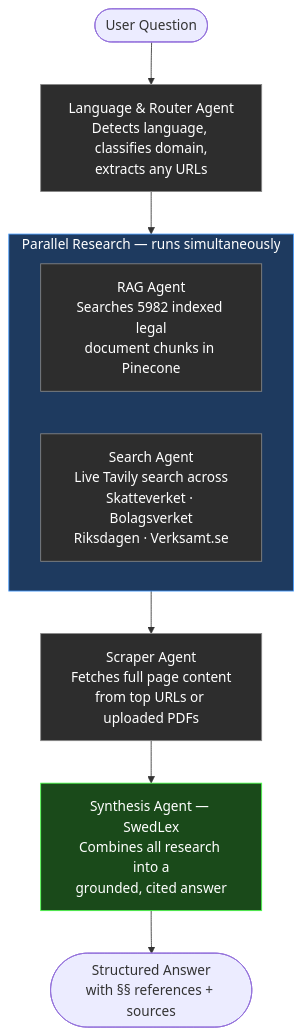
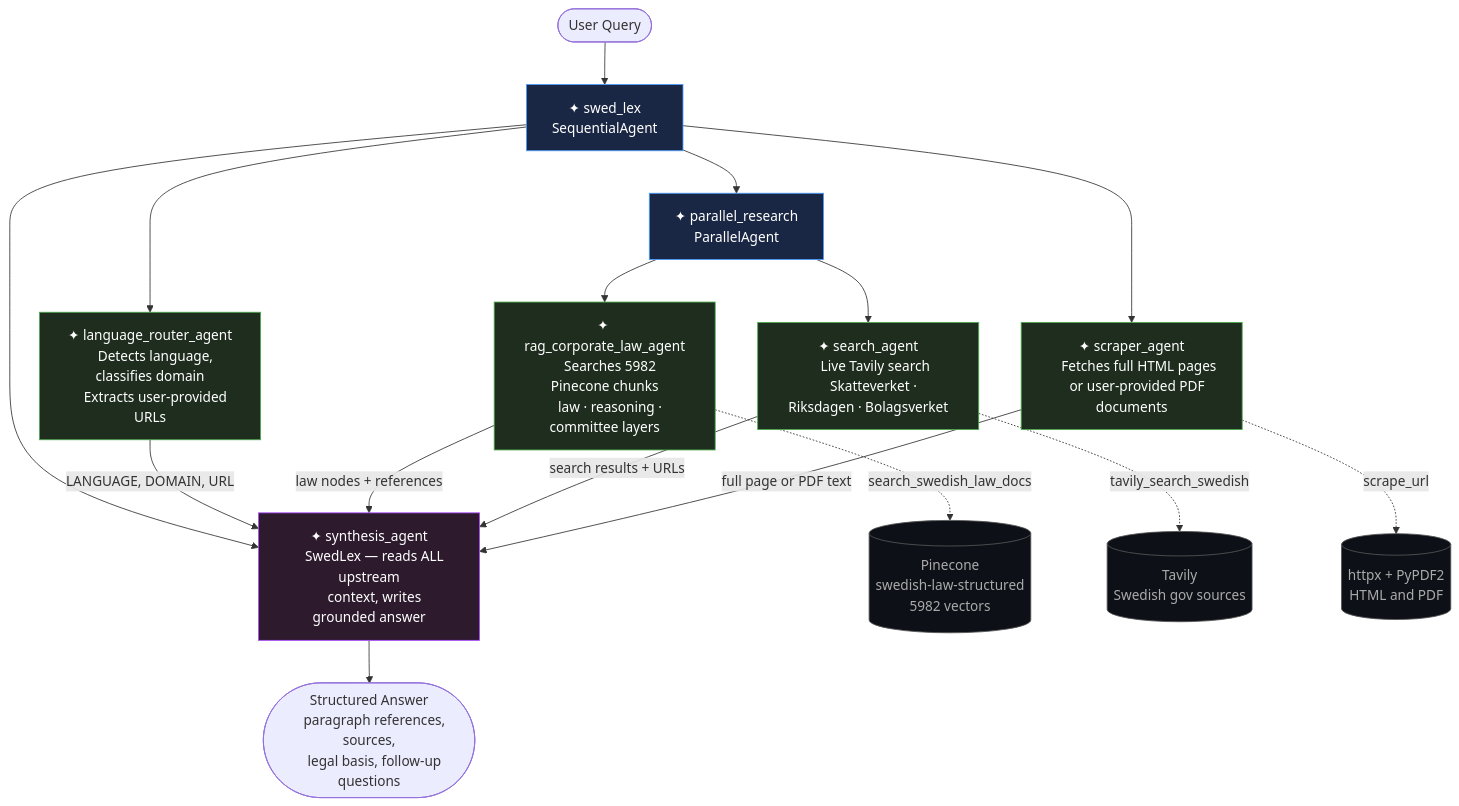
The diagram in README.md (dranzer-17/Vorker-AI-Assignment), drawn with Mermaid before and after one commit. The commit also changed other lines of this file and 6 other files, not shown here.

Commit message:
Restructure repo: remove ChromaDB, add requirements.txt, .env.example, fix diagram, migrate docs/

````diff
--- a/README.md
+++ b/README.md
@@ -17,25 +17,60 @@
 ```mermaid
-flowchart TD
-    User([User Question]) --> LR[Language & Router Agent\nDetects language, classifies domain,\nextracts any URLs]
+graph TD
+    Q([User Query]) --> SWEDLEX
 
-    LR --> PAR
+    SWEDLEX["✦ swed_lex
+    SequentialAgent"]
 
-    subgraph PAR[Parallel Research — runs simultaneously]
-        direction LR
-        RAG[RAG Agent\nSearches 5982 indexed legal\ndocument chunks in Pinecone]
-        WEB[Search Agent\nLive Tavily search across\nSkatteverket · Bolagsverket\nRiksdagen · Verksamt.se]
-    end
+    SWEDLEX --> LR["✦ language_router_agent
+    Detects language, classifies domain
+    Extracts user-provided URLs"]
 
-    PAR --> SCR[Scraper Agent\nFetches full page content\nfrom top URLs or uploaded PDFs]
+    SWEDLEX --> PR["✦ parallel_research
+    ParallelAgent"]
 
-    SCR --> SYN[Synthesis Agent — SwedLex\nCombines all research into a\ngrounded, cited answer]
+    SWEDLEX --> SC["✦ scraper_agent
+    Fetches full HTML pages
+    or user-provided PDF documents"]
 
-    SYN --> Answer([Structured Answer\nwith §§ references + sources])
+    SWEDLEX --> SY["✦ synthesis_agent
+    SwedLex — reads ALL upstream
+    context, writes grounded answer"]
 
-    style PAR fill:#1e3a5f,stroke:#4a9eff,color:#fff
-    style LR fill:#2d2d2d,stroke:#888,color:#fff
-    style RAG fill:#2d2d2d,stroke:#888,color:#fff
-    style WEB fill:#2d2d2d,stroke:#888,color:#fff
-    style SCR fill:#2d2d2d,stroke:#888,color:#fff
-    style SYN fill:#1a4a1a,stroke:#4aff4a,color:#fff
+    PR --> RAG["✦ rag_corporate_law_agent
+    Searches 5982 Pinecone chunks
+    law · reasoning · committee layers"]
+
+    PR --> SE["✦ search_agent
+    Live Tavily search
+    Skatteverket · Riksdagen · Bolagsverket"]
+
+    RAG -. search_swedish_law_docs .-> T1[("Pinecone
+    swedish-law-structured
+    5982 vectors")]
+
+    SE -. tavily_search_swedish .-> T2[("Tavily
+    Swedish gov sources")]
+
+    SC -. scrape_url .-> T3[("httpx + PyPDF2
+    HTML and PDF")]
+
+    LR -->|"LANGUAGE, DOMAIN, URL"| SY
+    RAG -->|"law nodes + references"| SY
+    SE -->|"search results + URLs"| SY
+    SC -->|"full page or PDF text"| SY
+
+    SY --> ANS(["Structured Answer
+    paragraph references, sources,
+    legal basis, follow-up questions"])
+
+    style SWEDLEX fill:#1a2744,stroke:#4a9eff,color:#fff
+    style PR fill:#1a2744,stroke:#4a9eff,color:#fff
+    style LR fill:#1e2d1e,stroke:#4aaa4a,color:#fff
+    style RAG fill:#1e2d1e,stroke:#4aaa4a,color:#fff
+    style SE fill:#1e2d1e,stroke:#4aaa4a,color:#fff
+    style SC fill:#1e2d1e,stroke:#4aaa4a,color:#fff
+    style SY fill:#2d1a2d,stroke:#aa4aff,color:#fff
+    style T1 fill:#0d1117,stroke:#555,color:#aaa
+    style T2 fill:#0d1117,stroke:#555,color:#aaa
+    style T3 fill:#0d1117,stroke:#555,color:#aaa
 ```
````
